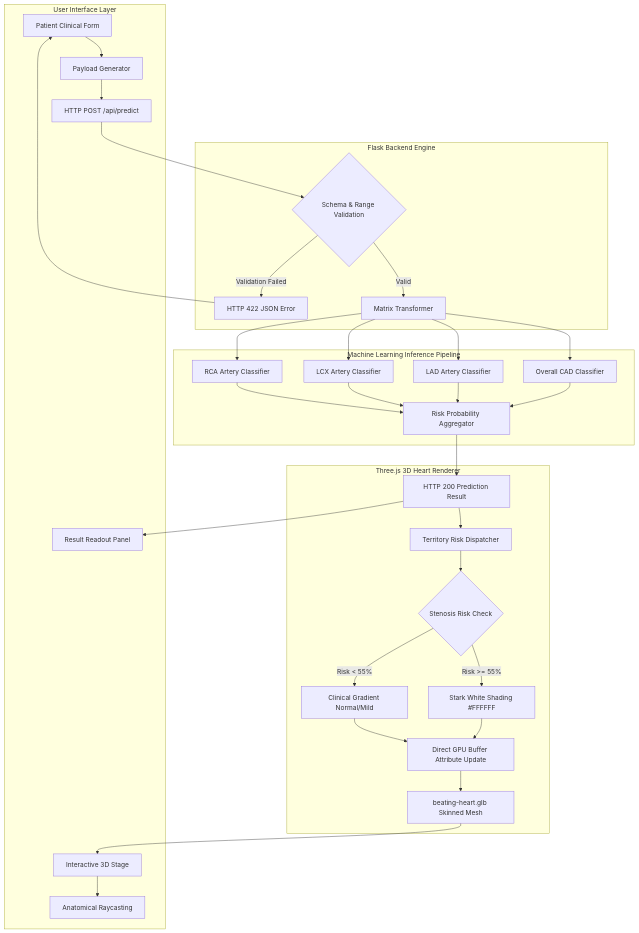
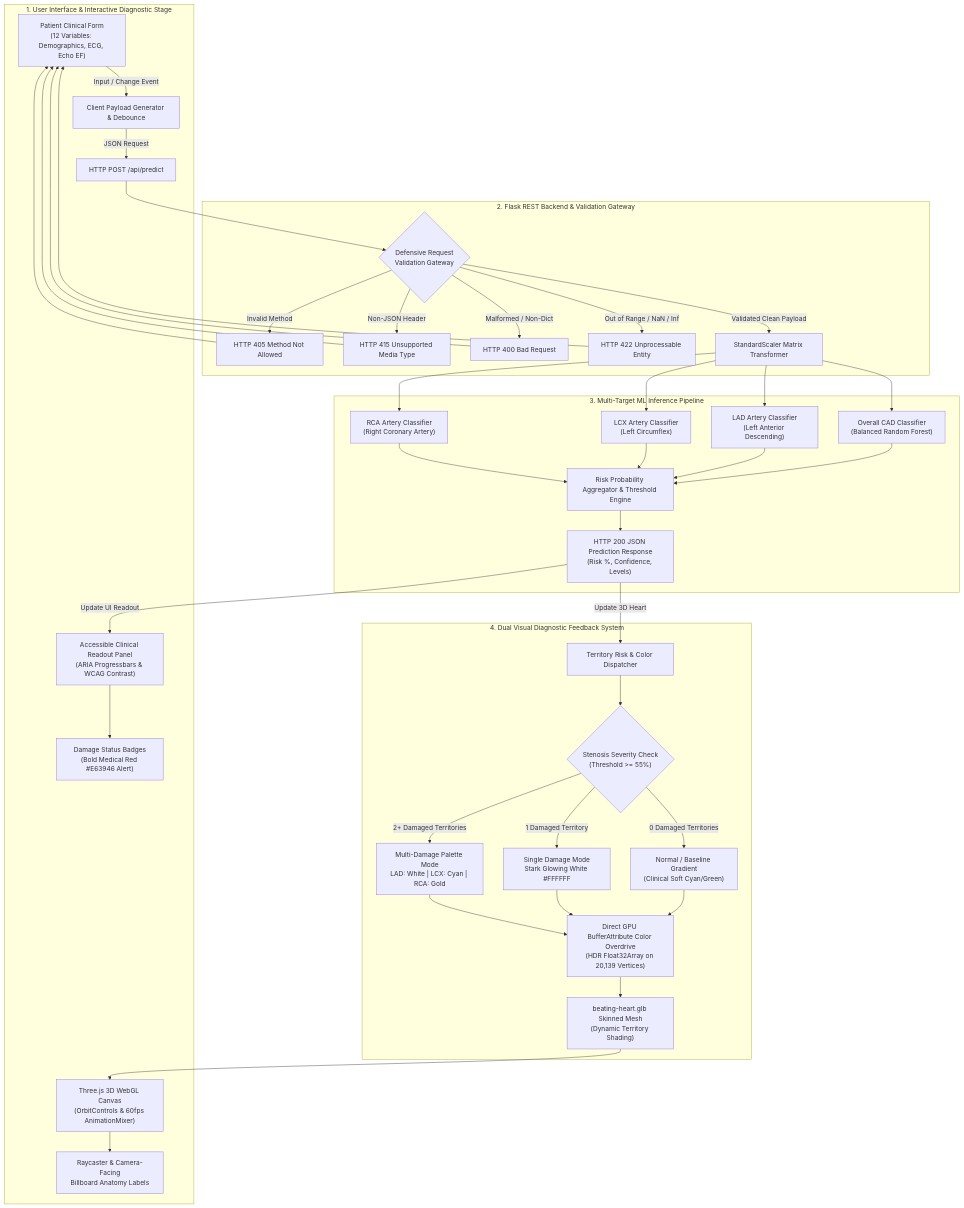
The diagram in docs/architecture_flow.md (xploreshivam/cardiac_risk_prediction), drawn with Mermaid before and after one commit. The commit also changed other lines of this file and 11 other files, not shown here.

Commit message:
Enhance 3D heart multi-color highlighting, defensive API validation, and dual architecture flowcharts

````diff
--- a/docs/architecture_flow.md
+++ b/docs/architecture_flow.md
@@ -9,40 +9,57 @@
 ```mermaid
 graph TD
-    subgraph UI ["User Interface Layer"]
-        A["Patient Clinical Form"] --> B["Payload Generator"]
-        B --> C["HTTP POST /api/predict"]
-        M["Interactive 3D Stage"] --> N["Anatomical Raycasting"]
-        O["Result Readout Panel"]
+    subgraph UI ["1. User Interface & Interactive Diagnostic Stage"]
+        A["Patient Clinical Form<br/>(12 Variables: Demographics, ECG, Echo EF)"] -->|Input / Change Event| B["Client Payload Generator & Debounce"]
+        B -->|JSON Request| C["HTTP POST /api/predict"]
+        
+        M["Three.js 3D WebGL Canvas<br/>(OrbitControls & 60fps AnimationMixer)"] --> N["Raycaster & Camera-Facing<br/>Billboard Anatomy Labels"]
+        O["Accessible Clinical Readout Panel<br/>(ARIA Progressbars & WCAG Contrast)"]
+        O2["Damage Status Badges<br/>(Bold Medical Red #E63946 Alert)"]
     end
 
-    subgraph API ["Flask Backend Engine"]
-        C --> D{"Schema & Range Validation"}
-        D -->|Validation Failed| E["HTTP 422 JSON Error"]
-        D -->|Valid| F["Matrix Transformer"]
-        E --> A
+    subgraph API ["2. Flask REST Backend & Validation Gateway"]
+        C --> D{"Defensive Request<br/>Validation Gateway"}
+        D -->|Invalid Method| E1["HTTP 405 Method Not Allowed"]
+        D -->|Non-JSON Header| E2["HTTP 415 Unsupported Media Type"]
+        D -->|Malformed / Non-Dict| E3["HTTP 400 Bad Request"]
+        D -->|Out of Range / NaN / Inf| E4["HTTP 422 Unprocessable Entity"]
+        D -->|Validated Clean Payload| F["StandardScaler Matrix Transformer"]
+        
+        E1 --> A
+        E2 --> A
+        E3 --> A
+        E4 --> A
     end
 
-    subgraph ML ["Machine Learning Inference Pipeline"]
-        F --> G1["Overall CAD Classifier"]
-        F --> G2["LAD Artery Classifier"]
-        F --> G3["LCX Artery Classifier"]
-        F --> G4["RCA Artery Classifier"]
-        G1 --> H["Risk Probability Aggregator"]
+    subgraph ML ["3. Multi-Target ML Inference Pipeline"]
+        F --> G1["Overall CAD Classifier<br/>(Balanced Random Forest)"]
+        F --> G2["LAD Artery Classifier<br/>(Left Anterior Descending)"]
+        F --> G3["LCX Artery Classifier<br/>(Left Circumflex)"]
+        F --> G4["RCA Artery Classifier<br/>(Right Coronary Artery)"]
+        
+        G1 --> H["Risk Probability Aggregator & Threshold Engine"]
         G2 --> H
         G3 --> H
         G4 --> H
+        H --> I["HTTP 200 JSON Prediction Response<br/>(Risk %, Confidence, Levels)"]
     end
 
-    subgraph GPU ["Three.js 3D Heart Renderer"]
-        H --> I["HTTP 200 Prediction Result"]
-        I --> O
-        I --> J["Territory Risk Dispatcher"]
-        J --> K{"Stenosis Risk Check"}
-        K -->|Risk >= 55%| L1["Stark White Shading #FFFFFF"]
-        K -->|Risk < 55%| L2["Clinical Gradient Normal/Mild"]
-        L1 --> P["Direct GPU Buffer Attribute Update"]
+    subgraph DUAL_DISPATCH ["4. Dual Visual Diagnostic Feedback System"]
+        I -->|Update UI Readout| O
+        O --> O2
+        
+        I -->|Update 3D Heart| J["Territory Risk & Color Dispatcher"]
+        J --> K{"Stenosis Severity Check<br/>(Threshold >= 55%)"}
+        
+        K -->|0 Damaged Territories| L0["Normal / Baseline Gradient<br/>(Clinical Soft Cyan/Green)"]
+        K -->|1 Damaged Territory| L1["Single Damage Mode<br/>Stark Glowing White #FFFFFF"]
+        K -->|2+ Damaged Territories| L2["Multi-Damage Palette Mode<br/>LAD: White | LCX: Cyan | RCA: Gold"]
+        
+        L0 --> P["Direct GPU BufferAttribute Color Overdrive<br/>(HDR Float32Array on 20,139 Vertices)"]
+        L1 --> P
         L2 --> P
-        P --> Q["beating-heart.glb Skinned Mesh"]
+        
+        P --> Q["beating-heart.glb Skinned Mesh<br/>(Dynamic Territory Shading)"]
         Q --> M
     end
 ```
````
